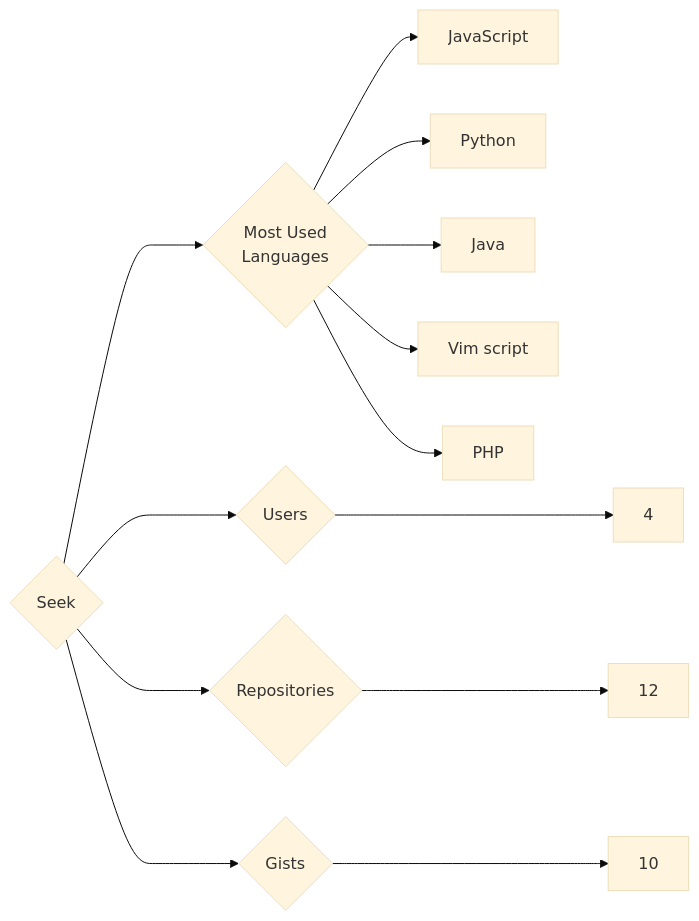
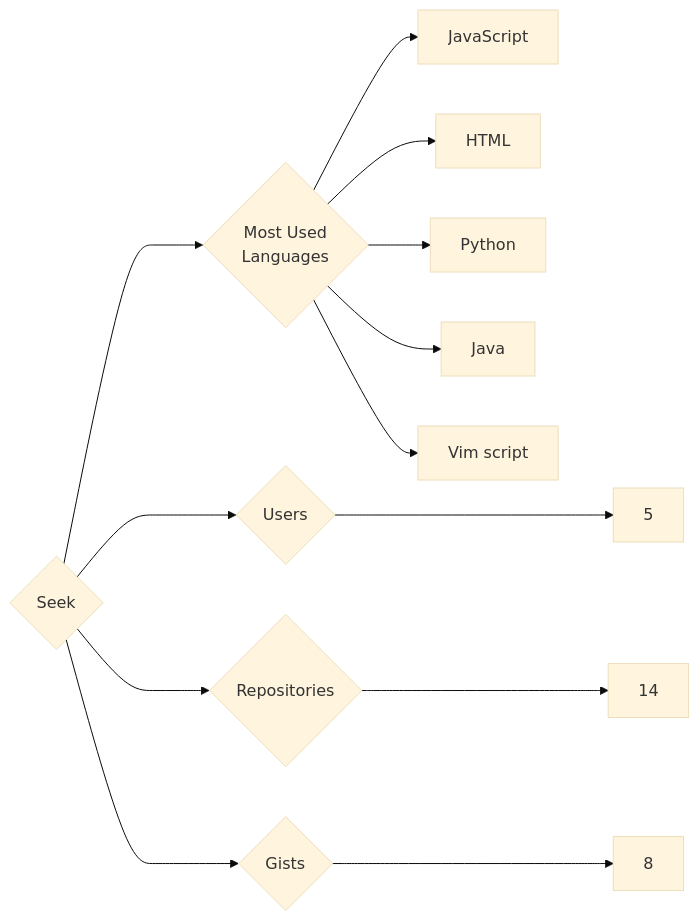
Before and after one commit to trickest/insiders: the diagram in targets/Seek/README.md, drawn with Mermaid (base theme). The commit also changed 912 other files, not shown here.

````diff
--- a/targets/Seek/README.md
+++ b/targets/Seek/README.md
@@ -3,13 +3,13 @@
 ```mermaid
 graph LR
 COMPANY_NAME{Seek}
-COMPANY_NAME ---> U{Users} ---> UN[4]
-COMPANY_NAME ---> R{Repositories} ---> RN[12]
-COMPANY_NAME ---> G{Gists} ---> GN[10]
+COMPANY_NAME ---> U{Users} ---> UN[5]
+COMPANY_NAME ---> R{Repositories} ---> RN[14]
+COMPANY_NAME ---> G{Gists} ---> GN[8]
 COMPANY_NAME ---> ML{Most Used<br>Languages}
 ML --> JavaScript[JavaScript]
+ML --> HTML[HTML]
 ML --> Python[Python]
 ML --> Java[Java]
 ML --> Vim_script[Vim script]
-ML --> PHP[PHP]
 ```
````
